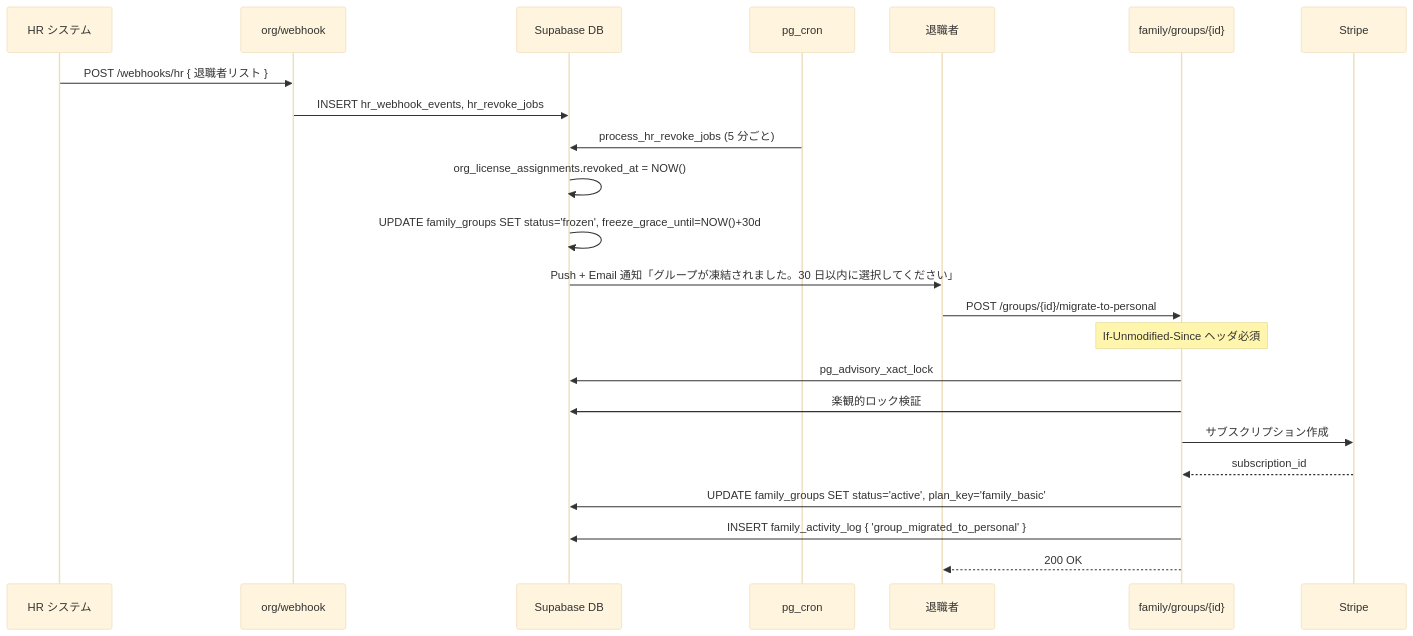
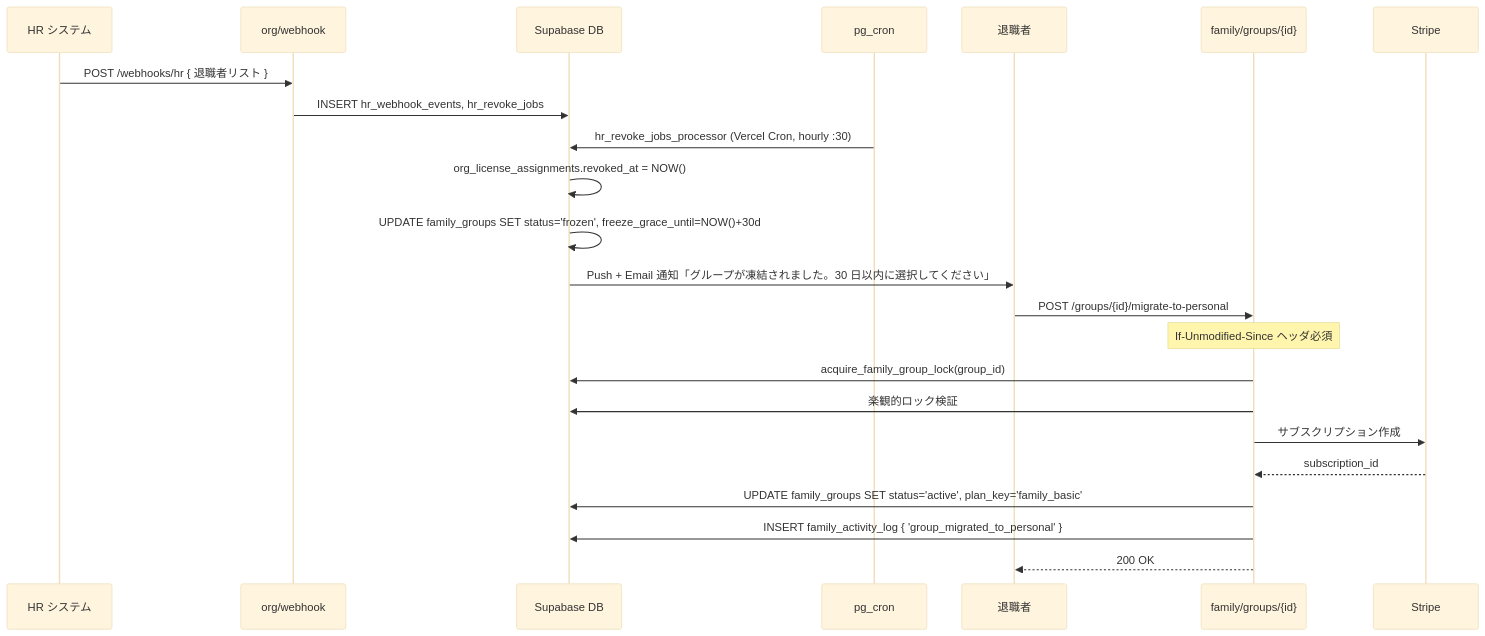
One commit to DaisukeHori/homegohan-app changed the fourth of 4 diagrams in docs/design/family/07-lifecycle.md. Above: the diagram before and after it, drawn with Mermaid (base theme). The commit also changed other lines of this file and 7 other files, not shown here.

````diff
--- a/docs/design/family/07-lifecycle.md
+++ b/docs/design/family/07-lifecycle.md
@@ -379,28 +379,28 @@
 ```mermaid
 sequenceDiagram
   participant HR as HR システム
   participant OrgAPI as org/webhook
   participant DB as Supabase DB
   participant Cron as pg_cron
   participant User as 退職者
   participant FamilyAPI as family/groups/{id}
 
   HR->>OrgAPI: POST /webhooks/hr { 退職者リスト }
   OrgAPI->>DB: INSERT hr_webhook_events, hr_revoke_jobs
 
-  Cron->>DB: process_hr_revoke_jobs (5 分ごと)
+  Cron->>DB: hr_revoke_jobs_processor (Vercel Cron, hourly :30)
   DB->>DB: org_license_assignments.revoked_at = NOW()
   DB->>DB: UPDATE family_groups SET status='frozen', freeze_grace_until=NOW()+30d
 
   DB->>User: Push + Email 通知「グループが凍結されました。30 日以内に選択してください」
 
   User->>FamilyAPI: POST /groups/{id}/migrate-to-personal
   Note over FamilyAPI: If-Unmodified-Since ヘッダ必須
-  FamilyAPI->>DB: pg_advisory_xact_lock
+  FamilyAPI->>DB: acquire_family_group_lock(group_id)
   FamilyAPI->>DB: 楽観的ロック検証
   FamilyAPI->>Stripe: サブスクリプション作成
   Stripe-->>FamilyAPI: subscription_id
   FamilyAPI->>DB: UPDATE family_groups SET status='active', plan_key='family_basic'
   FamilyAPI->>DB: INSERT family_activity_log { 'group_migrated_to_personal' }
   FamilyAPI-->>User: 200 OK
 ```
````
